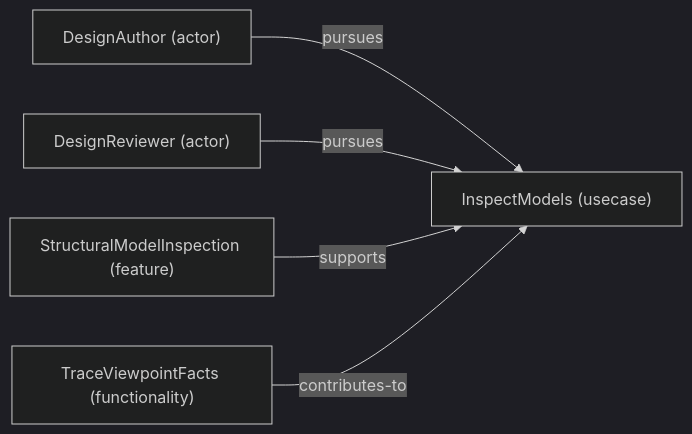
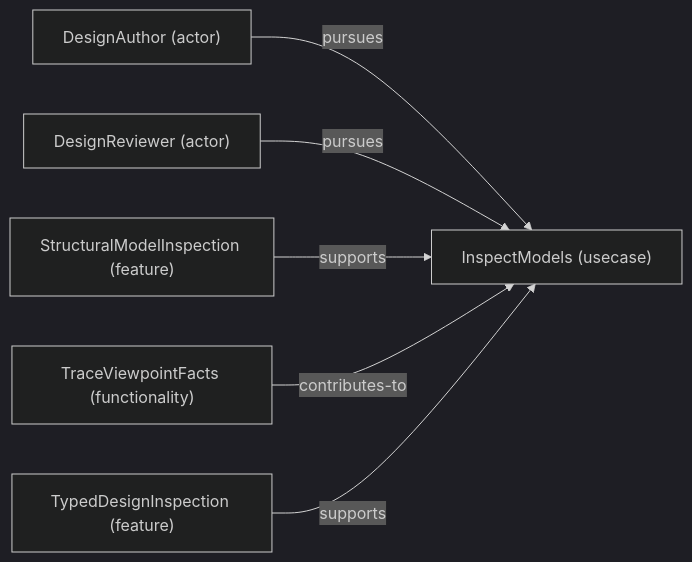
The diagram in SDUI/design/viewpoints/diagrams/VP01-InspectModels.mmd (Hans-Einar/SDP), drawn with Mermaid (dark theme) before and after one commit. The commit also changed 38 other files, not shown here.

First line of the commit message:
[G6-D2] Plan level-based navigation and semantic diagram notation

```diff
--- a/SDUI/design/viewpoints/diagrams/VP01-InspectModels.mmd
+++ b/SDUI/design/viewpoints/diagrams/VP01-InspectModels.mmd
@@ -1,10 +1,12 @@
 flowchart LR
     n_DesignAuthor["DesignAuthor (actor)"]
     n_DesignReviewer["DesignReviewer (actor)"]
     n_InspectModels["InspectModels (usecase)"]
     n_StructuralModelInspection["StructuralModelInspection (feature)"]
     n_TraceViewpointFacts["TraceViewpointFacts (functionality)"]
+    n_TypedDesignInspection["TypedDesignInspection (feature)"]
     n_DesignAuthor -->|pursues| n_InspectModels
     n_DesignReviewer -->|pursues| n_InspectModels
     n_StructuralModelInspection -->|supports| n_InspectModels
     n_TraceViewpointFacts -->|contributes-to| n_InspectModels
+    n_TypedDesignInspection -->|supports| n_InspectModels
```
